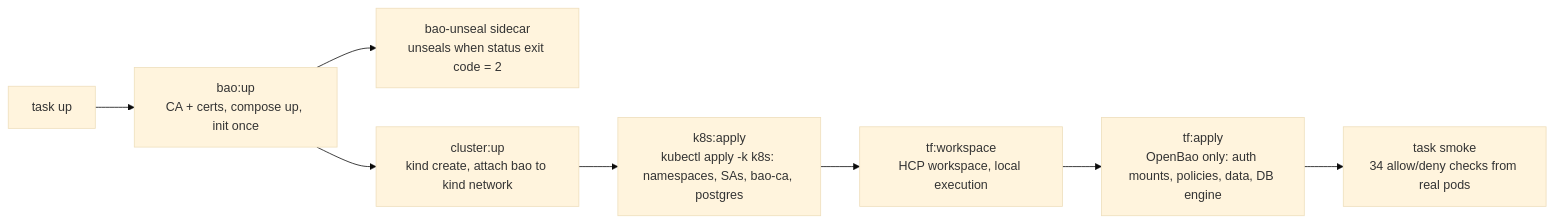
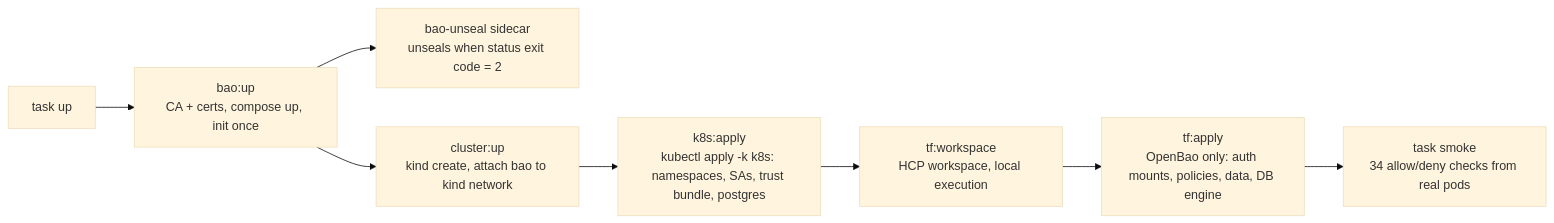
Before and after one commit to tilraunastofan/kind-vault-lab: the fifth of 5 diagrams in docs/DIAGRAMS.md, drawn with Mermaid (base theme). The commit also changed other lines of this file and 12 other files, not shown here.

Commit message:
Cluster-wide CA trust via ClusterTrustBundle (replaces per-namespace bao-ca ConfigMaps); fix lab CA basicConstraints

````diff
--- a/docs/DIAGRAMS.md
+++ b/docs/DIAGRAMS.md
@@ -110,10 +110,10 @@
 ```mermaid
 flowchart LR
     T[task up] --> BU[bao:up<br/>CA + certs, compose up, init once]
     BU --> US[bao-unseal sidecar<br/>unseals when status exit code = 2]
     BU --> CL[cluster:up<br/>kind create, attach bao to kind network]
-    CL --> K8[k8s:apply<br/>kubectl apply -k k8s: namespaces, SAs, bao-ca, postgres]
+    CL --> K8[k8s:apply<br/>kubectl apply -k k8s: namespaces, SAs, trust bundle, postgres]
     K8 --> WS[tf:workspace<br/>HCP workspace, local execution]
     WS --> TF[tf:apply<br/>OpenBao only: auth mounts, policies, data, DB engine]
     TF --> SM[task smoke<br/>34 allow/deny checks from real pods]
 ```
````
